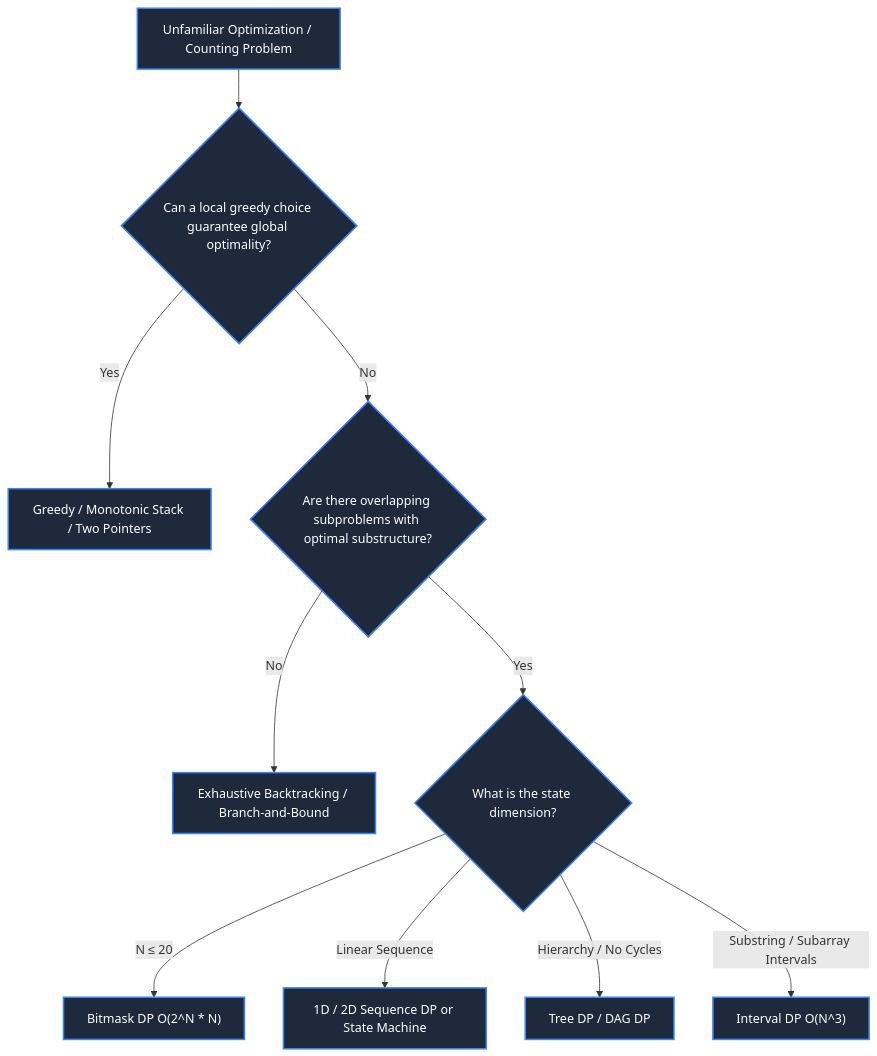
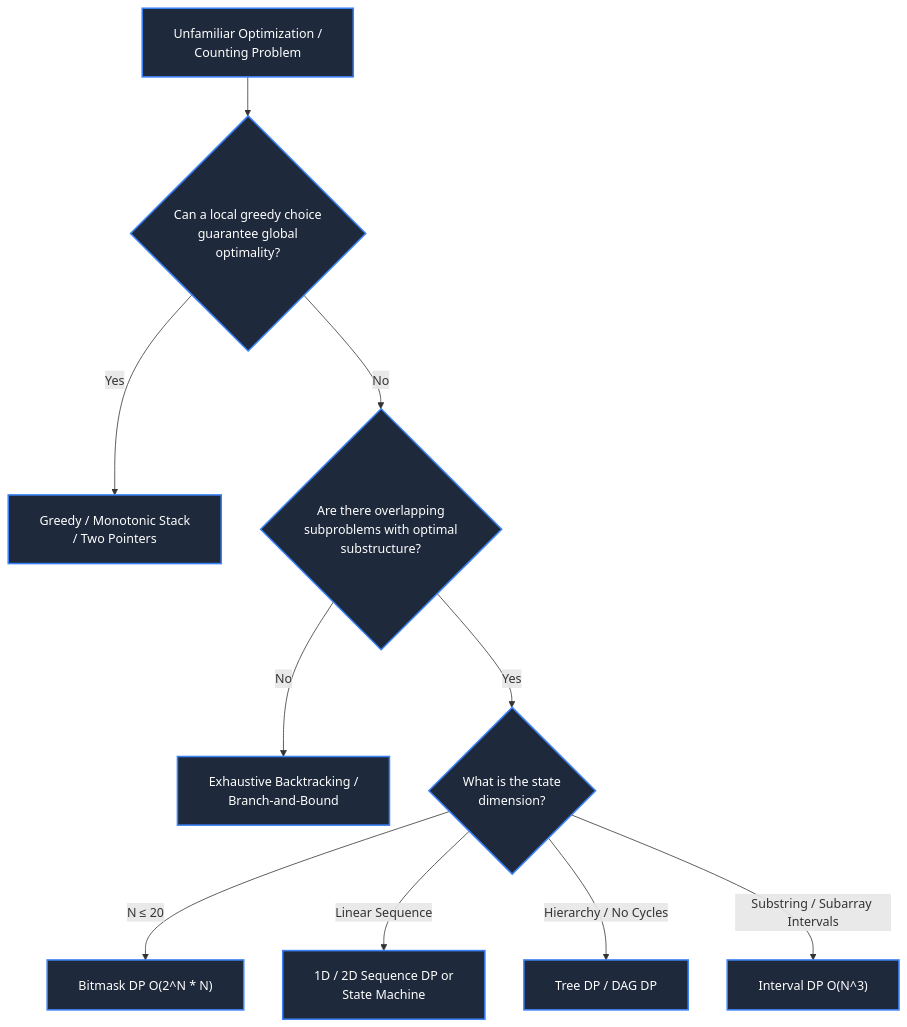
The diagram in week_11_dp_ii_advanced/Week_11_Day_05_Mixed_DP_Problems_Instructional.md (dip4k/DSA_102), drawn with Mermaid before and after one commit. The commit also changed 108 other files, not shown here.

First line of the commit message:
fix(mermaid): resolve diagram clipping, padding, and syntax issues across repo

````diff
--- a/week_11_dp_ii_advanced/Week_11_Day_05_Mixed_DP_Problems_Instructional.md
+++ b/week_11_dp_ii_advanced/Week_11_Day_05_Mixed_DP_Problems_Instructional.md
@@ -82,15 +82,16 @@
 ```mermaid
+%%{init: {"flowchart": {"htmlLabels": true, "padding": 20}}}%%
 flowchart TD
-    Start["Unfamiliar Optimization / Counting Problem"] --> Q1{"Can a local greedy choice guarantee global optimality?"}
-    Q1 -->|"Yes"| Greedy["Greedy / Monotonic Stack / Two Pointers"]
-    Q1 -->|"No"| Q2{"Are there overlapping subproblems with optimal substructure?"}
-    Q2 -->|"No"| Backtrack["Exhaustive Backtracking / Branch-and-Bound"]
-    Q2 -->|"Yes"| Q3{"What is the state dimension?"}
+    Start["Unfamiliar Optimization /<br/>Counting Problem"] --> Q1{"Can a local greedy choice<br/>guarantee global<br/>optimality?"}
+    Q1 -->|"Yes"| Greedy["Greedy / Monotonic Stack<br/>/ Two Pointers"]
+    Q1 -->|"No"| Q2{"Are there overlapping<br/>subproblems with optimal<br/>substructure?"}
+    Q2 -->|"No"| Backtrack["Exhaustive Backtracking /<br/>Branch-and-Bound"]
+    Q2 -->|"Yes"| Q3{"What is the state<br/>dimension?"}
     Q3 -->|"N &le; 20"| Bitmask["Bitmask DP O(2^N * N)"]
-    Q3 -->|"Linear Sequence"| Seq["1D / 2D Sequence DP or State Machine"]
+    Q3 -->|"Linear Sequence"| Seq["1D / 2D Sequence DP or<br/>State Machine"]
     Q3 -->|"Hierarchy / No Cycles"| TreeDAG["Tree DP / DAG DP"]
     Q3 -->|"Substring / Subarray Intervals"| Interval["Interval DP O(N^3)"]
 
     classDef default fill:#1e293b,stroke:#3b82f6,stroke-width:2px,color:#ffffff
     classDef highlight fill:#0d47a1,stroke:#82b1ff,stroke-width:2px,color:#ffffff
 ```
````
